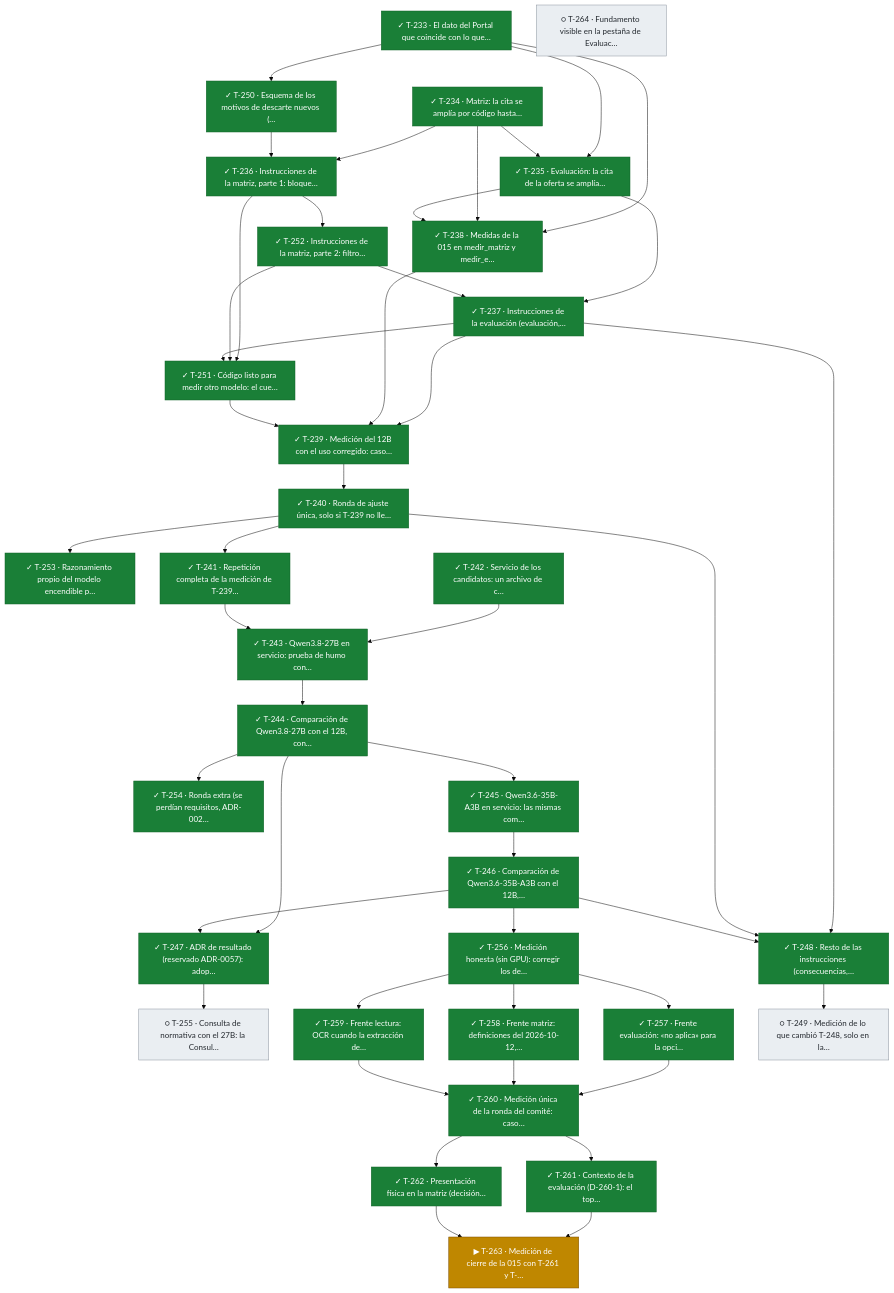
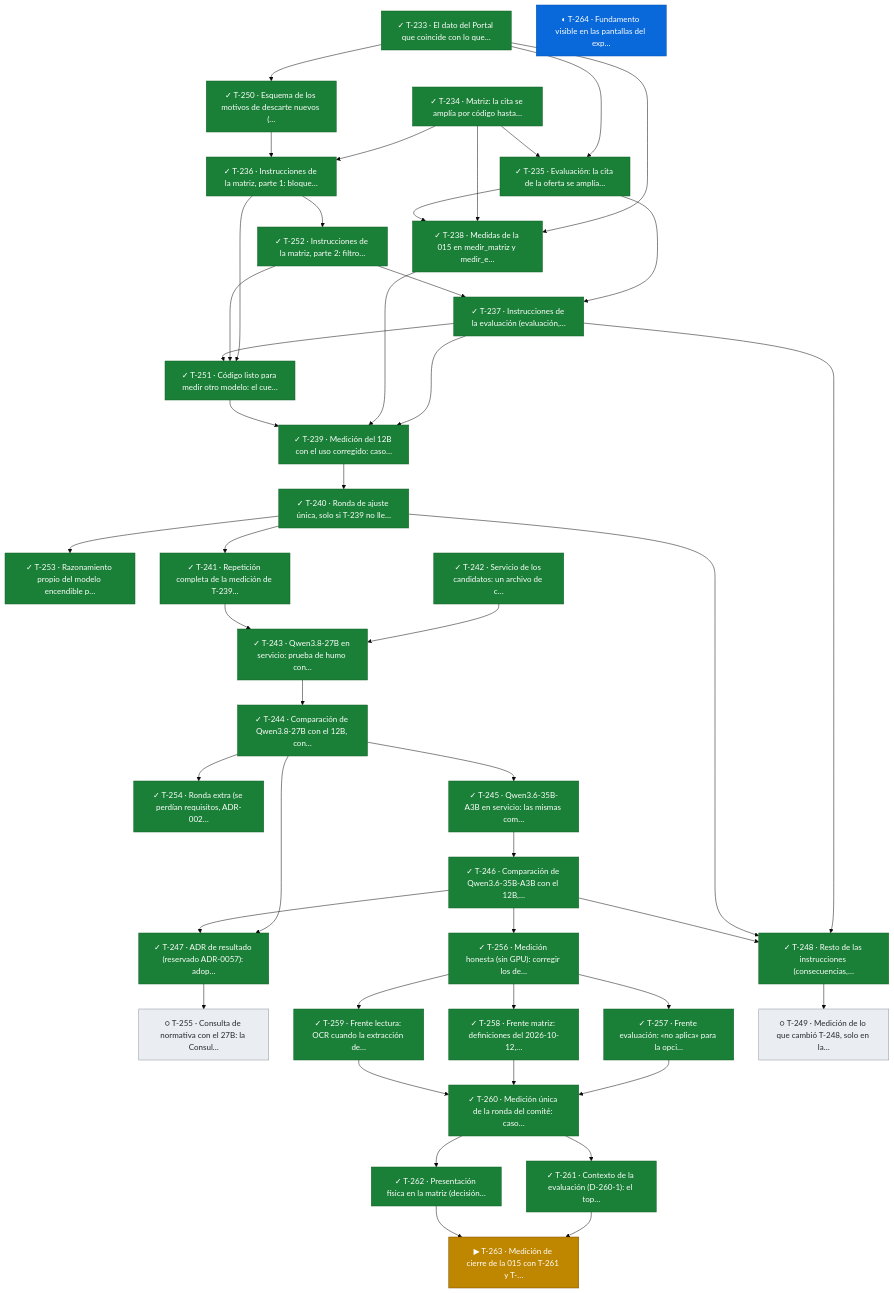
Diagram 17 of 17 in docs/tablero.md (snavello/EVALUON), drawn with Mermaid (base theme) before and after one commit. The commit also changed other lines of this file and 3 other files, not shown here.

```diff
--- a/docs/tablero.md
+++ b/docs/tablero.md
@@ -1348,7 +1348,7 @@
   T261["✓ T-261 · Contexto de la evaluación (D-260-1): el top…"]:::done
   T262["✓ T-262 · Presentación física en la matriz (decisión…"]:::done
   T263["▶ T-263 · Medición de cierre de la 015 con T-261 y T-…"]:::active
-  T264["○ T-264 · Fundamento visible en la pestaña de Evaluac…"]:::todo
+  T264["◐ T-264 · Fundamento visible en las pantallas del exp…"]:::review
   T237["✓ T-237 · Instrucciones de la evaluación (evaluación,…"]:::done
   T251["✓ T-251 · Código listo para medir otro modelo: el cue…"]:::done
   T238["✓ T-238 · Medidas de la 015 en medir_matriz y medir_e…"]:::done
```
